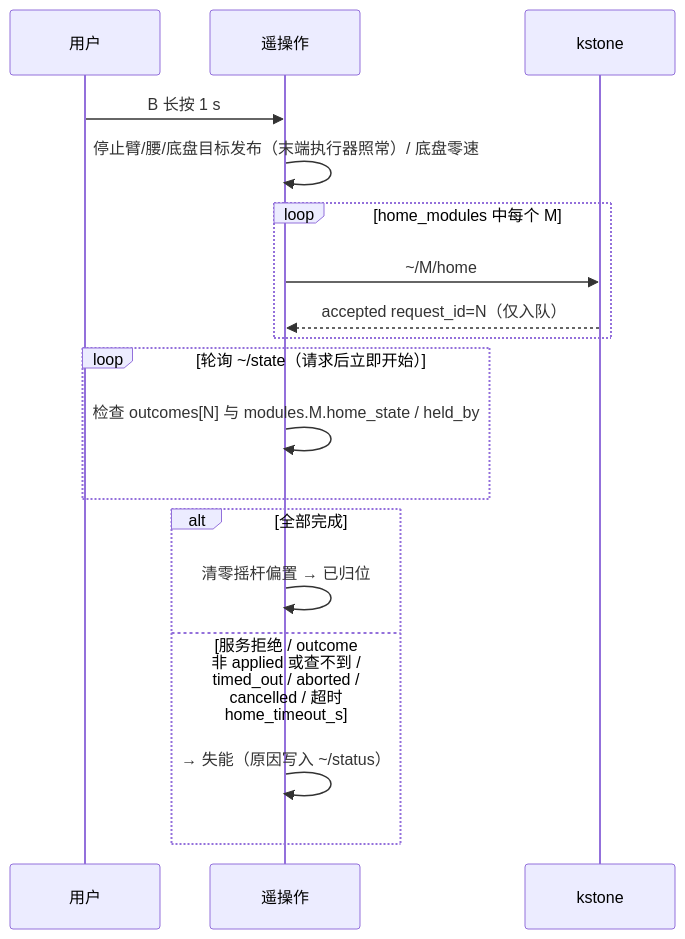
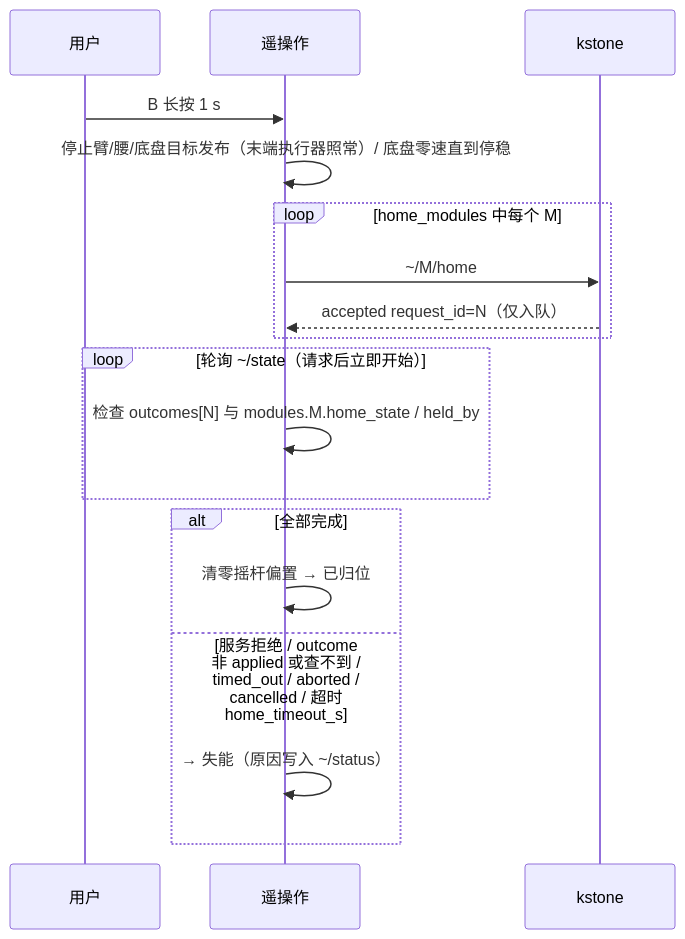
Before and after one commit to AgilexOpensource/lookie_ros: the sixth of 6 diagrams in lookie_teleop/docs/vr_teleop_dev_design.zh-CN.md, drawn with Mermaid. The commit also changed other lines of this file and 4 other files, not shown here.

````diff
--- a/lookie_teleop/docs/vr_teleop_dev_design.zh-CN.md
+++ b/lookie_teleop/docs/vr_teleop_dev_design.zh-CN.md
@@ -414,20 +414,20 @@
 ```mermaid
 sequenceDiagram
     participant U as 用户
     participant T as 遥操作
     participant K as kstone
     U->>T: B 长按 1 s
-    T->>T: 停止臂/腰/底盘目标发布（末端执行器照常）/ 底盘零速
+    T->>T: 停止臂/腰/底盘目标发布（末端执行器照常）/ 底盘零速直到停稳
     loop home_modules 中每个 M
         T->>K: ~/M/home
         K-->>T: accepted request_id=N（仅入队）
     end
     loop 轮询 ~/state（请求后立即开始）
         T->>T: 检查 outcomes[N] 与 modules.M.home_state / held_by
     end
     alt 全部完成
         T->>T: 清零摇杆偏置 → 已归位
     else 服务拒绝 / outcome 非 applied 或查不到 / timed_out / aborted / cancelled / 超时 home_timeout_s
         T->>T: → 失能（原因写入 ~/status）
     end
 ```
````
